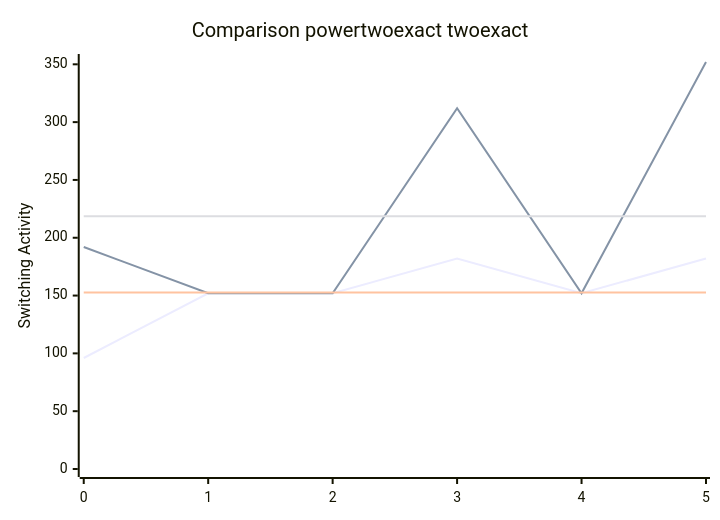
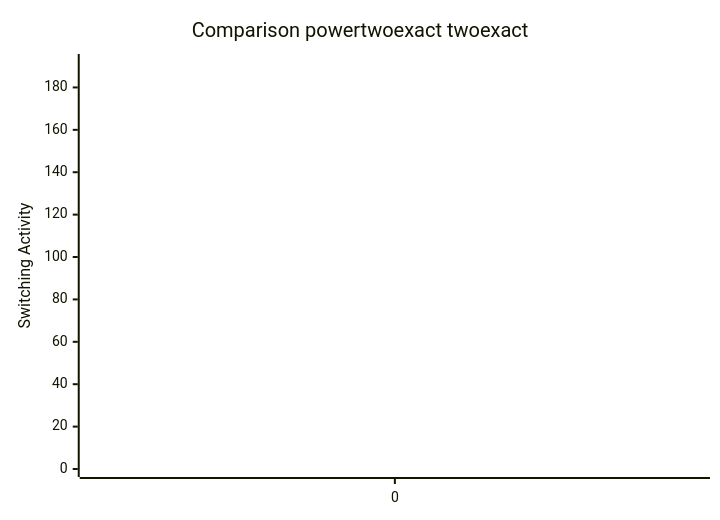
The diagram in benchmark.md (FeldmeierMichael/Exact-Power-Synthesis), drawn with Mermaid before and after one commit. The commit also changed other lines of this file and 2 other files, not shown here.

````diff
--- a/benchmark.md
+++ b/benchmark.md
@@ -17,10 +10,10 @@
 ```mermaid
 xychart-beta
     title "Comparison powertwoexact twoexact"
-    x-axis [0, 1, 2, 3, 4, 5]
-    y-axis "Switching Activity" 0-->352
-    line [96, 152, 152, 182, 152, 182]
-    line [192, 152, 152, 312, 152, 352]
-    line [152.66666666666666, 152.66666666666666, 152.66666666666666, 152.66666666666666, 152.66666666666666, 152.66666666666666]
-    line [218.66666666666666, 218.66666666666666, 218.66666666666666, 218.66666666666666, 218.66666666666666, 218.66666666666666]
+    x-axis [0]
+    y-axis "Switching Activity" 0-->192
+    line [96]
+    line [192]
+    line [96.0]
+    line [192.0]
 ```
````
